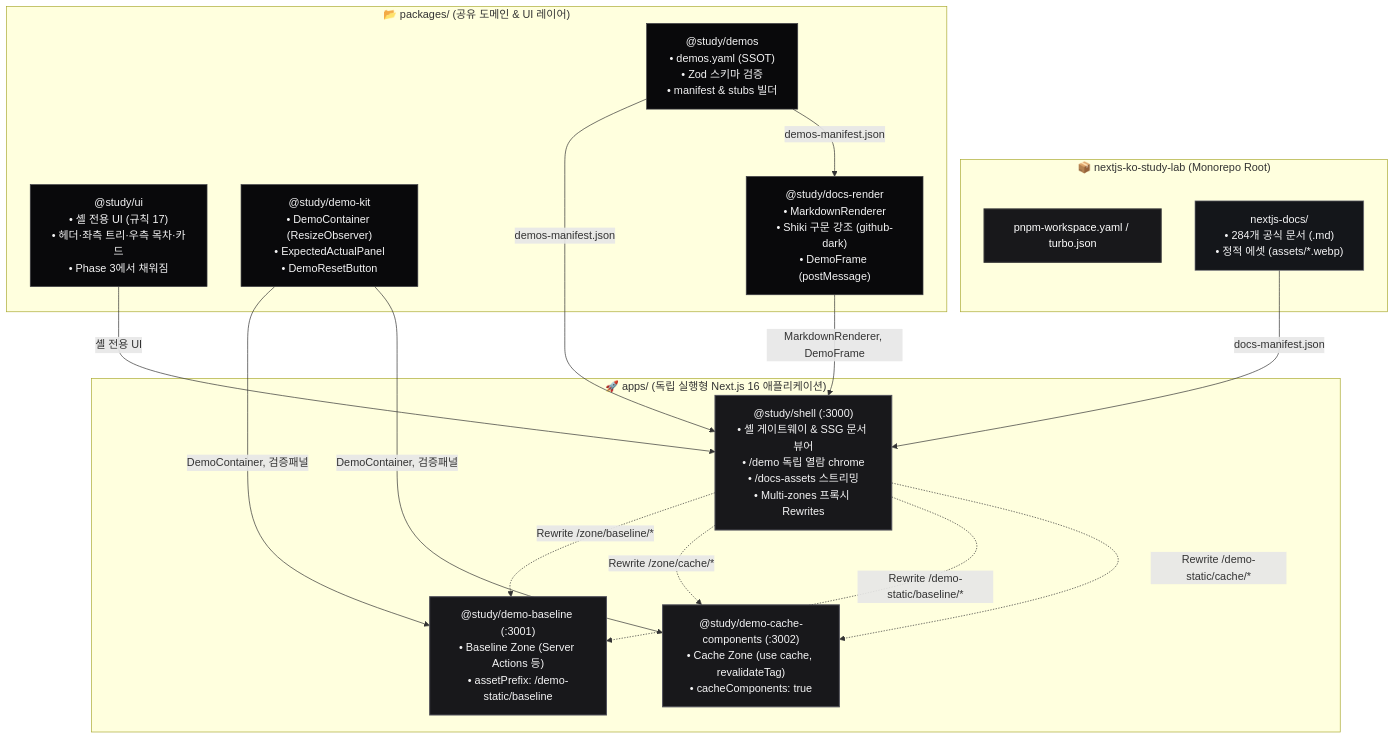
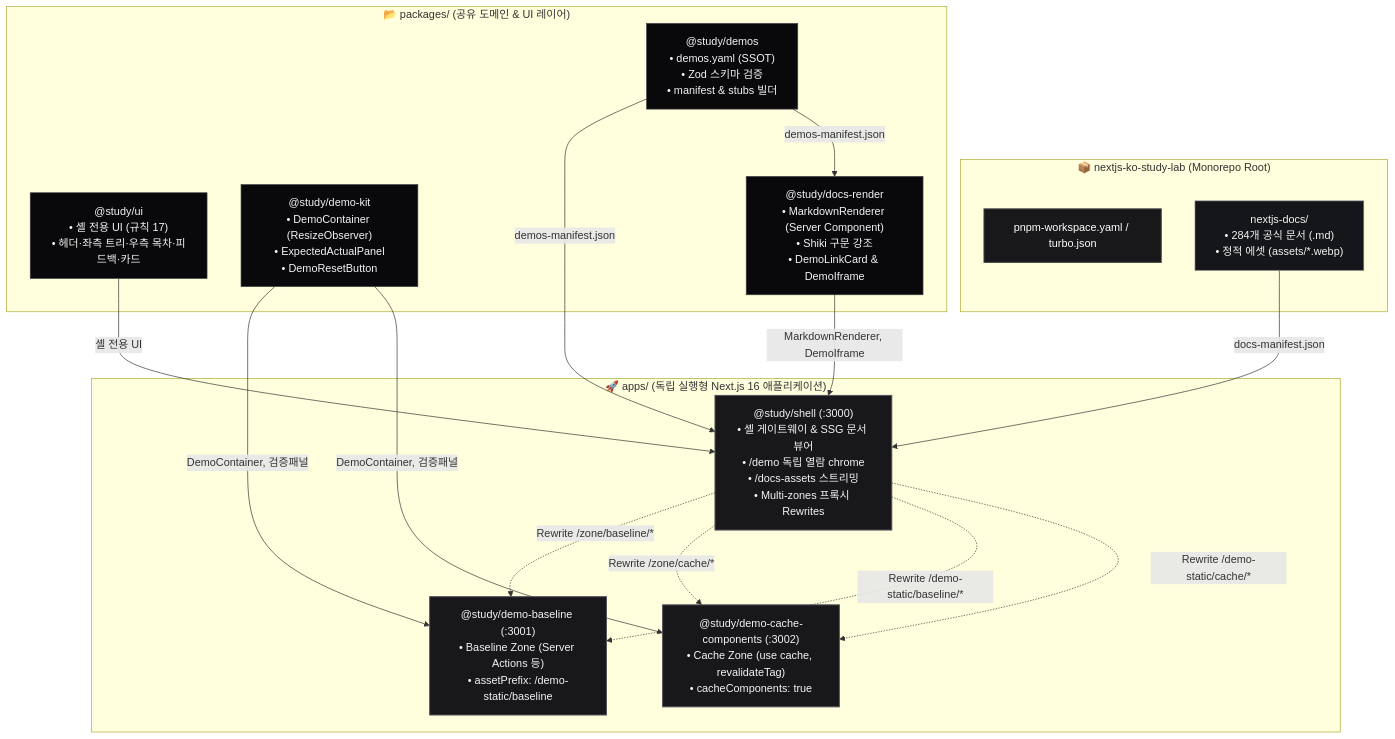
One commit to Junyong34/nextjs-ko-study-lab changed the first of 3 diagrams in nextjs-app/ARCHITECTURE.md. Above: the diagram before and after it, drawn with Mermaid. The commit also changed other lines of this file and 2 other files, not shown here.

First line of the commit message:
[refactor/component-directory][docs]: 리팩토링 결과 기반 아키텍처 및 설계 문서 최신화

````diff
--- a/nextjs-app/ARCHITECTURE.md
+++ b/nextjs-app/ARCHITECTURE.md
@@ -11,40 +11,40 @@
 ```mermaid
 graph TD
     classDef rootStyle fill:#18181b,stroke:#27272a,color:#ffffff,stroke-width:2px;
     classDef pkgStyle fill:#09090b,stroke:#3f3f46,color:#f4f4f5,stroke-width:1px;
     classDef appStyle fill:#18181b,stroke:#52525b,color:#f4f4f5,stroke-width:1.5px;
     classDef docStyle fill:#14161a,stroke:#71717a,color:#f4f4f5,stroke-width:1px;
 
     subgraph RepoRoot ["📦 nextjs-ko-study-lab (Monorepo Root)"]
         Workspace["pnpm-workspace.yaml / turbo.json"]:::rootStyle
         DocsSource["nextjs-docs/<br/>• 284개 공식 문서 (.md)<br/>• 정적 에셋 (assets/*.webp)"]:::docStyle
     end
 
     subgraph Packages ["📂 packages/ (공유 도메인 & UI 레이어)"]
         DemosPkg["@study/demos<br/>• demos.yaml (SSOT)<br/>• Zod 스키마 검증<br/>• manifest & stubs 빌더"]:::pkgStyle
-        UIPkg["@study/ui<br/>• 셸 전용 UI (규칙 17)<br/>• 헤더·좌측 트리·우측 목차·카드<br/>• Phase 3에서 채워짐"]:::pkgStyle
+        UIPkg["@study/ui<br/>• 셸 전용 UI (규칙 17)<br/>• 헤더·좌측 트리·우측 목차·피드백·카드"]:::pkgStyle
         DemoKitPkg["@study/demo-kit<br/>• DemoContainer (ResizeObserver)<br/>• ExpectedActualPanel<br/>• DemoResetButton"]:::pkgStyle
-        RenderPkg["@study/docs-render<br/>• MarkdownRenderer<br/>• Shiki 구문 강조 (github-dark)<br/>• DemoFrame (postMessage)"]:::pkgStyle
+        RenderPkg["@study/docs-render<br/>• MarkdownRenderer (Server Component)<br/>• Shiki 구문 강조<br/>• DemoLinkCard & DemoIframe"]:::pkgStyle
     end
 
     subgraph Apps ["🚀 apps/ (독립 실행형 Next.js 16 애플리케이션)"]
         ShellApp["@study/shell (:3000)<br/>• 셸 게이트웨이 & SSG 문서 뷰어<br/>• /demo 독립 열람 chrome<br/>• /docs-assets 스트리밍<br/>• Multi-zones 프록시 Rewrites"]:::appStyle
         DemoBaseline["@study/demo-baseline (:3001)<br/>• Baseline Zone (Server Actions 등)<br/>• assetPrefix: /demo-static/baseline"]:::appStyle
         DemoCache["@study/demo-cache-components (:3002)<br/>• Cache Zone (use cache, revalidateTag)<br/>• cacheComponents: true"]:::appStyle
     end
 
     %% 의존 관계
     DocsSource -->|docs-manifest.json| ShellApp
     DemosPkg -->|demos-manifest.json| ShellApp
     DemosPkg -->|demos-manifest.json| RenderPkg
     DemoKitPkg -->|DemoContainer, 검증패널| DemoBaseline
     DemoKitPkg -->|DemoContainer, 검증패널| DemoCache
     UIPkg -->|셸 전용 UI| ShellApp
-    RenderPkg -->|MarkdownRenderer, DemoFrame| ShellApp
+    RenderPkg -->|MarkdownRenderer, DemoIframe| ShellApp
 
     %% 런타임 멀티 존 프록시 연결
     ShellApp -.->|Rewrite /zone/baseline/*| DemoBaseline
     ShellApp -.->|Rewrite /zone/cache/*| DemoCache
     ShellApp -.->|Rewrite /demo-static/baseline/*| DemoBaseline
     ShellApp -.->|Rewrite /demo-static/cache/*| DemoCache
 ```
````
